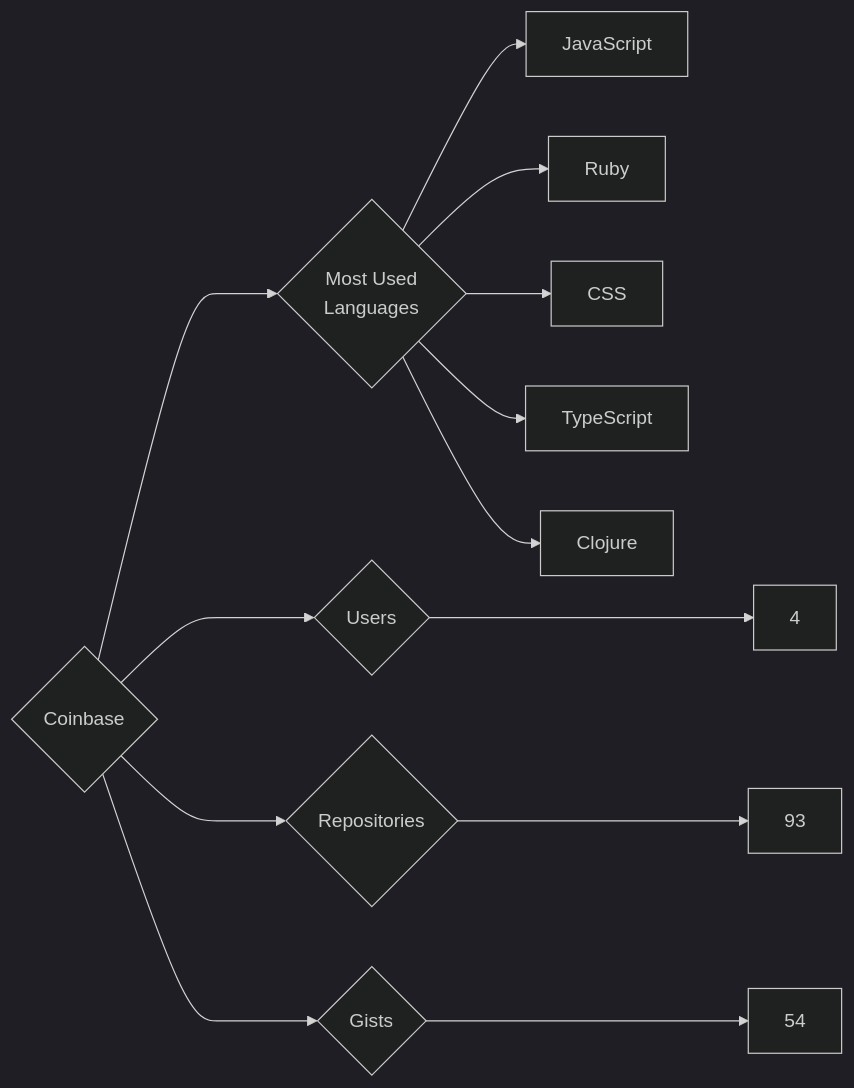
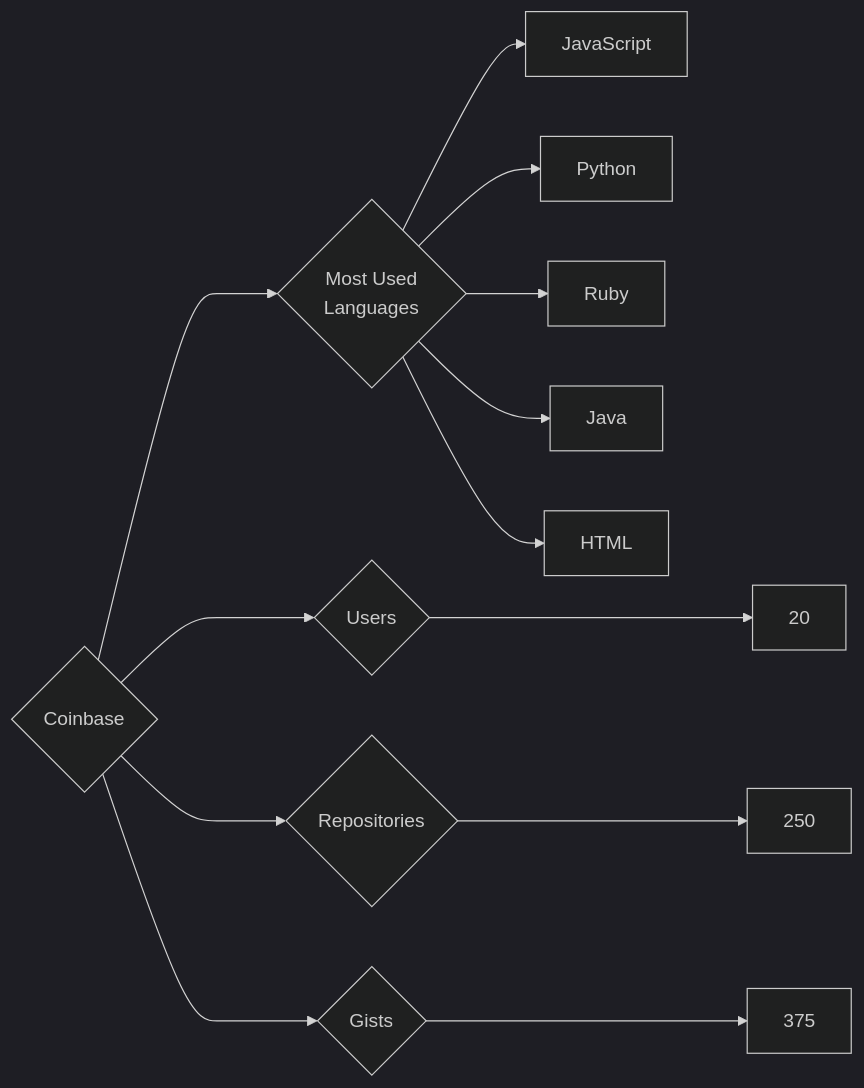
Before and after one commit to trickest/insiders: the diagram in targets/Coinbase/README.md, drawn with Mermaid (dark theme). The commit also changed 681 other files, not shown here.

````diff
--- a/targets/Coinbase/README.md
+++ b/targets/Coinbase/README.md
@@ -3,13 +3,13 @@
 ```mermaid
 graph LR
 COMPANY_NAME{Coinbase}
-COMPANY_NAME ---> U{Users} ---> UN[4]
-COMPANY_NAME ---> R{Repositories} ---> RN[93]
-COMPANY_NAME ---> G{Gists} ---> GN[54]
+COMPANY_NAME ---> U{Users} ---> UN[20]
+COMPANY_NAME ---> R{Repositories} ---> RN[250]
+COMPANY_NAME ---> G{Gists} ---> GN[375]
 COMPANY_NAME ---> ML{Most Used<br>Languages}
 ML --> JavaScript[JavaScript]
+ML --> Python[Python]
 ML --> Ruby[Ruby]
-ML --> CSS[CSS]
-ML --> TypeScript[TypeScript]
-ML --> Clojure[Clojure]
+ML --> Java[Java]
+ML --> HTML[HTML]
 ```
````
